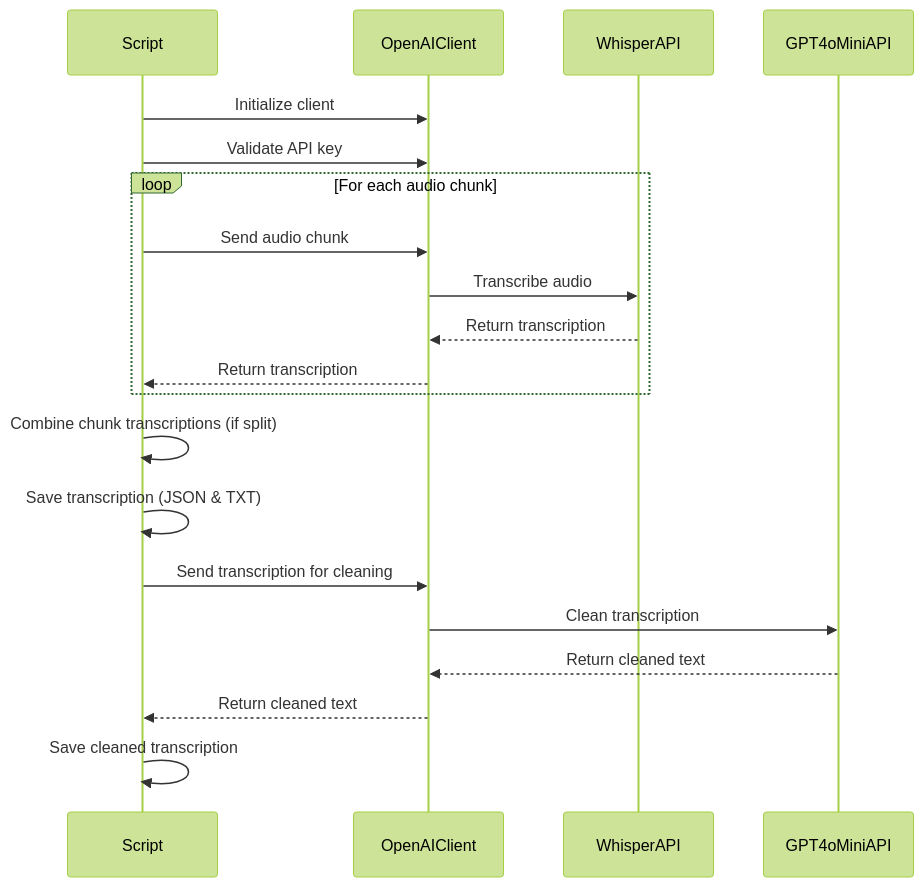
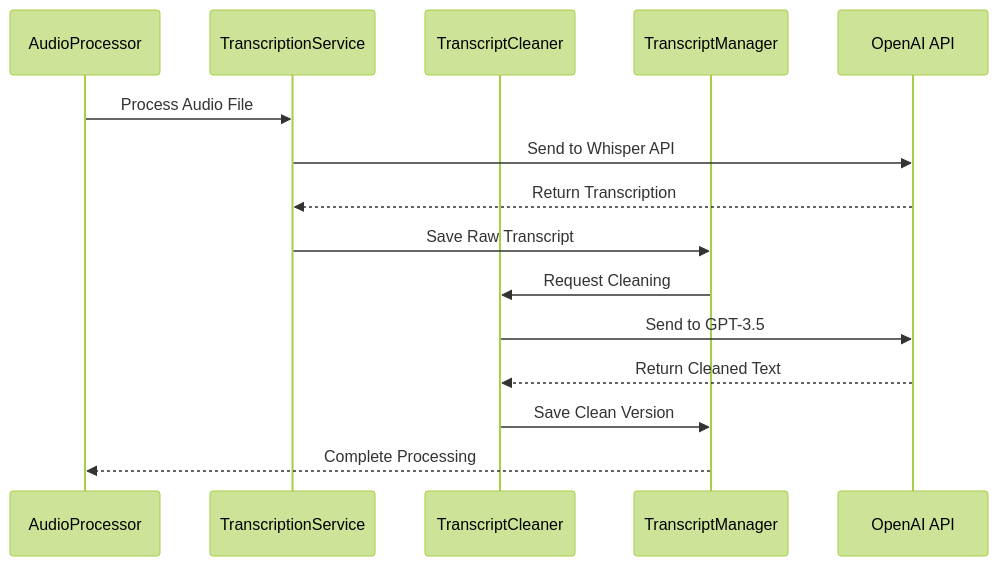
The third of 3 diagrams in README.md (CaptainCodeAU/AudioScribe), drawn with Mermaid (forest theme) before and after one commit. The commit also changed other lines of this file, not shown here.

Commit message:
docs: update README to reflect current codebase architecture and features

````diff
--- a/README.md
+++ b/README.md
@@ -176,23 +160,18 @@
 ```mermaid
 sequenceDiagram
-    participant Script
-    participant OpenAIClient
-    participant WhisperAPI
-    participant GPT4oMiniAPI
+    participant AP as AudioProcessor
+    participant TS as TranscriptionService
+    participant TC as TranscriptCleaner
+    participant TM as TranscriptManager
+    participant API as OpenAI API
 
-    Script->>OpenAIClient: Initialize client
-    Script->>OpenAIClient: Validate API key
-    loop For each audio chunk
-        Script->>OpenAIClient: Send audio chunk
-        OpenAIClient->>WhisperAPI: Transcribe audio
-        WhisperAPI-->>OpenAIClient: Return transcription
-        OpenAIClient-->>Script: Return transcription
-    end
-    Script->>Script: Combine chunk transcriptions (if split)
-    Script->>Script: Save transcription (JSON & TXT)
-    Script->>OpenAIClient: Send transcription for cleaning
-    OpenAIClient->>GPT4oMiniAPI: Clean transcription
-    GPT4oMiniAPI-->>OpenAIClient: Return cleaned text
-    OpenAIClient-->>Script: Return cleaned text
-    Script->>Script: Save cleaned transcription
+    AP->>TS: Process Audio File
+    TS->>API: Send to Whisper API
+    API-->>TS: Return Transcription
+    TS->>TM: Save Raw Transcript
+    TM->>TC: Request Cleaning
+    TC->>API: Send to GPT-3.5
+    API-->>TC: Return Cleaned Text
+    TC->>TM: Save Clean Version
+    TM-->>AP: Complete Processing
 ```
````
